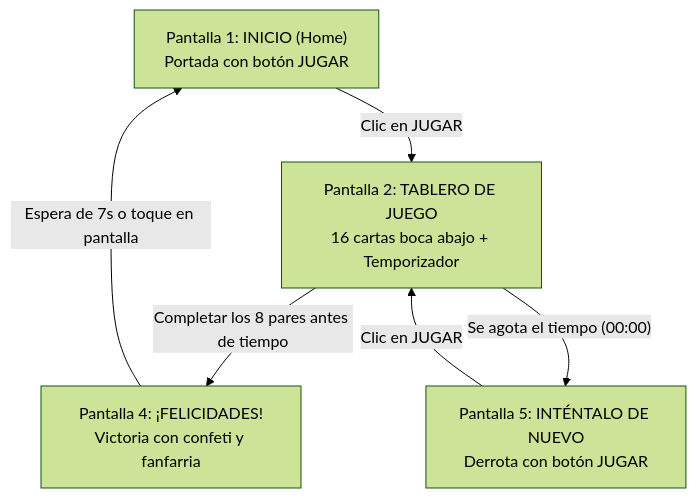
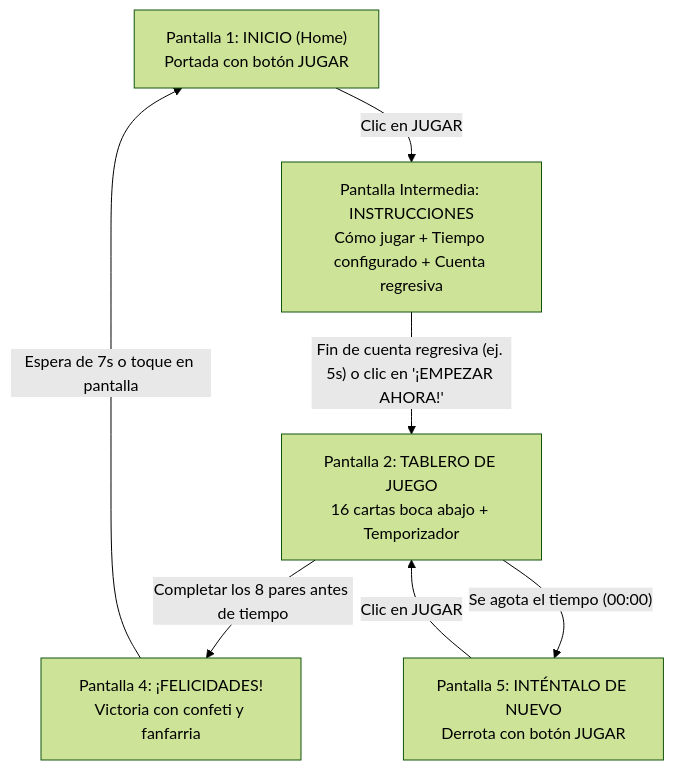
One commit to Dyfog/abbott-memorice changed the diagram in README.md. Above: the diagram before and after it, drawn with Mermaid (forest theme). The commit also changed other lines of this file and 11 other files, not shown here.

````diff
--- a/README.md
+++ b/README.md
@@ -43,8 +43,9 @@
 ```mermaid
 flowchart TD
-    A["Pantalla 1: INICIO (Home)<br/>Portada con botón JUGAR"] -->|"Clic en JUGAR"| B["Pantalla 2: TABLERO DE JUEGO<br/>16 cartas boca abajo + Temporizador"]
+    A["Pantalla 1: INICIO (Home)<br/>Portada con botón JUGAR"] -->|"Clic en JUGAR"| I["Pantalla Intermedia: INSTRUCCIONES<br/>Cómo jugar + Tiempo configurado + Cuenta regresiva"]
+    I -->|"Fin de cuenta regresiva (ej. 5s) o clic en '¡EMPEZAR AHORA!'"| B["Pantalla 2: TABLERO DE JUEGO<br/>16 cartas boca abajo + Temporizador"]
     B -->|"Completar los 8 pares antes de tiempo"| C["Pantalla 4: ¡FELICIDADES!<br/>Victoria con confeti y fanfarria"]
     B -->|"Se agota el tiempo (00:00)"| D["Pantalla 5: INTÉNTALO DE NUEVO<br/>Derrota con botón JUGAR"]
     C -->|"Espera de 7s o toque en pantalla"| A
     D -->|"Clic en JUGAR"| B
 ```
````
